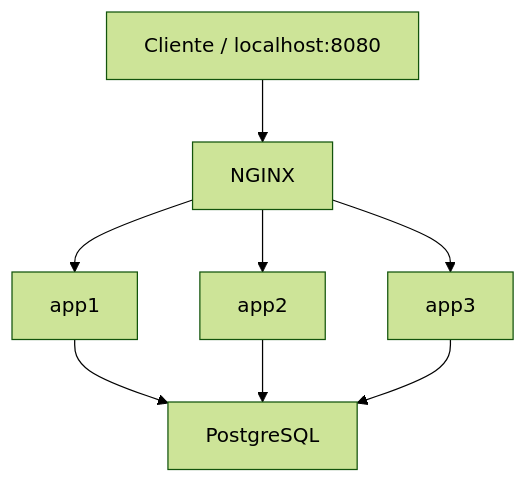
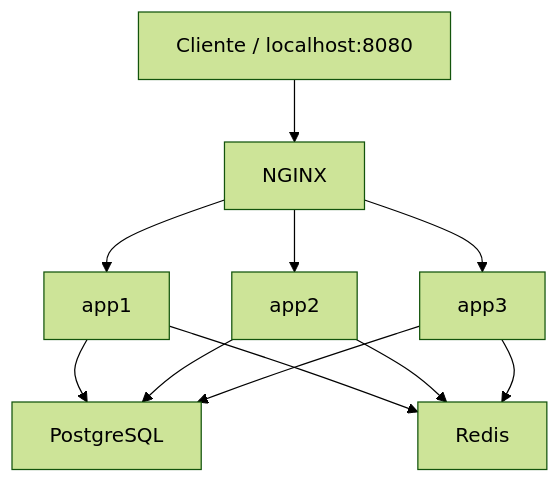
The second of 2 diagrams in README.md (fabianofsc/nexus-shopping), drawn with Mermaid (forest theme) before and after one commit. The commit also changed other lines of this file, not shown here.

Commit message:
docs: refresh README setup and architecture

````diff
--- a/README.md
+++ b/README.md
@@ -214,10 +254,13 @@
 ```mermaid
 flowchart TB
   Client["Cliente / localhost:8080"] --> Nginx["NGINX"]
   Nginx --> App1["app1"]
   Nginx --> App2["app2"]
   Nginx --> App3["app3"]
   App1 --> Postgres["PostgreSQL"]
   App2 --> Postgres
   App3 --> Postgres
+  App1 --> Redis["Redis"]
+  App2 --> Redis
+  App3 --> Redis
 ```
````
